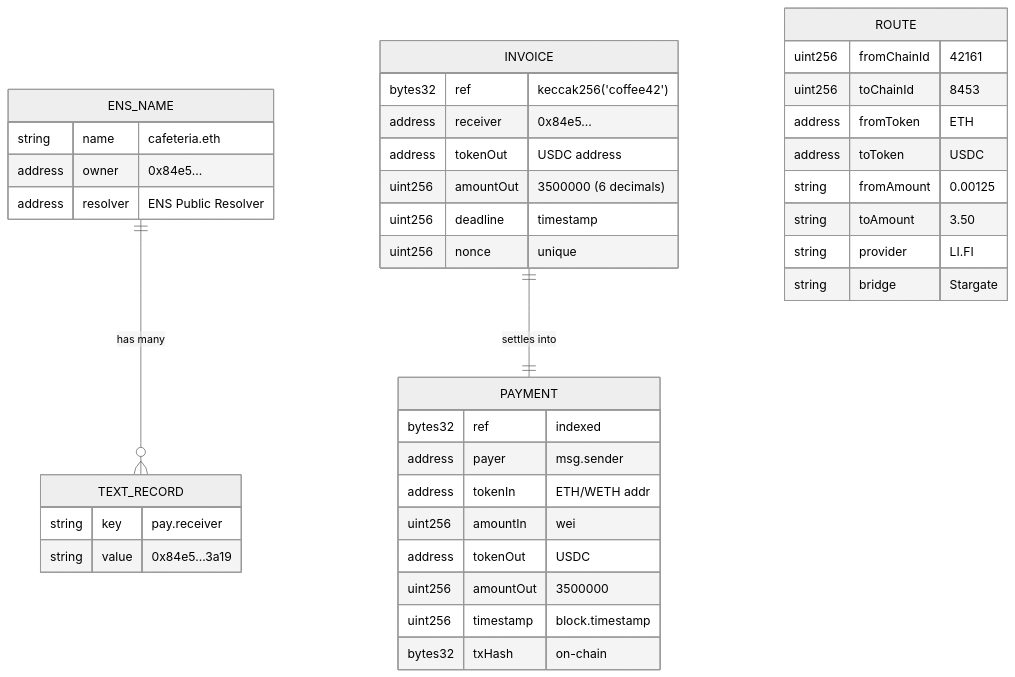
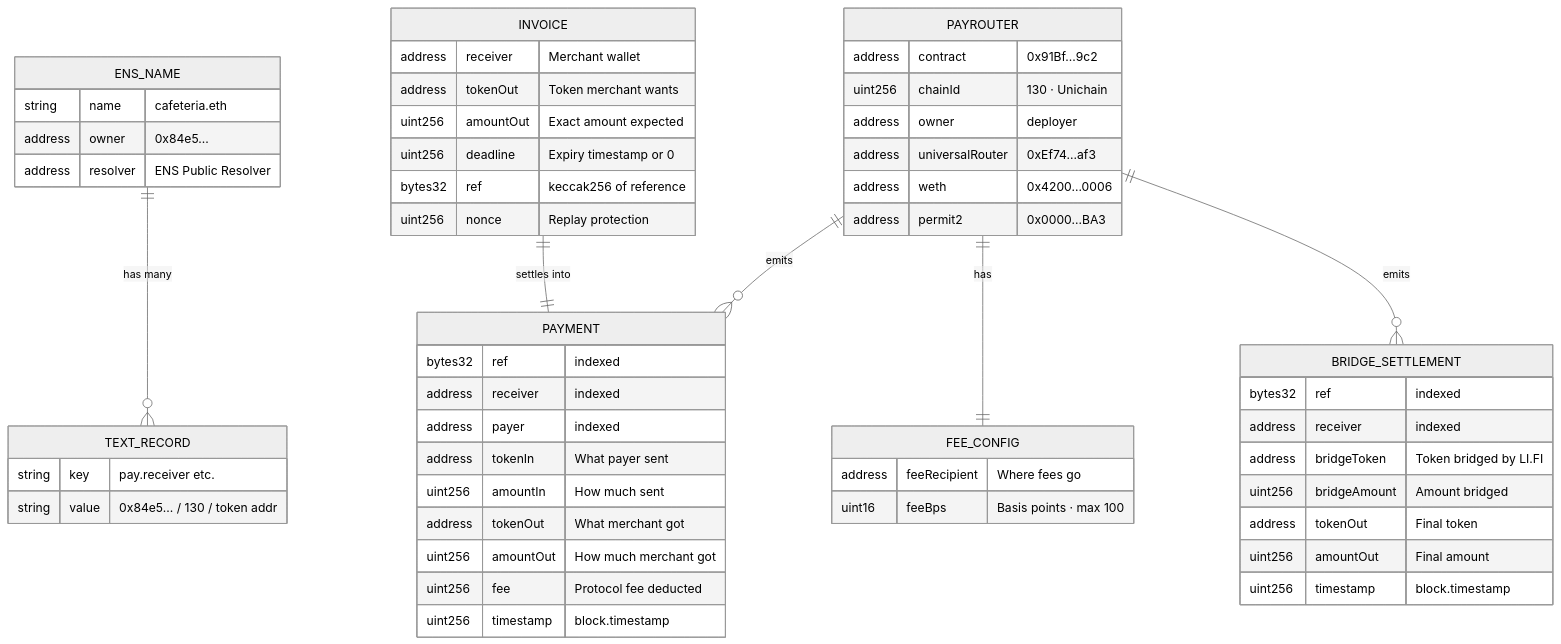
Diagram 11 of 11 in docs/architecture.md (danelerr/htm-abipago), drawn with Mermaid (neutral theme) before and after one commit. The commit also changed other lines of this file, not shown here.

Commit message:
add architecture diagrams

````diff
--- a/docs/architecture.md
+++ b/docs/architecture.md
@@ -396,45 +637,62 @@
 ```mermaid
 erDiagram
     ENS_NAME ||--o{ TEXT_RECORD : "has many"
     ENS_NAME {
         string name "cafeteria.eth"
-        address owner "0x84e5..."
+        address owner "0x84e5…"
         address resolver "ENS Public Resolver"
     }
     TEXT_RECORD {
-        string key "pay.receiver"
-        string value "0x84e5...3a19"
+        string key "pay.receiver etc."
+        string value "0x84e5… / 130 / token addr"
     }
 
     INVOICE ||--|| PAYMENT : "settles into"
     INVOICE {
-        bytes32 ref "keccak256('coffee42')"
-        address receiver "0x84e5..."
-        address tokenOut "USDC address"
-        uint256 amountOut "3500000 (6 decimals)"
-        uint256 deadline "timestamp"
-        uint256 nonce "unique"
+        address receiver "Merchant wallet"
+        address tokenOut "Token merchant wants"
+        uint256 amountOut "Exact amount expected"
+        uint256 deadline "Expiry timestamp or 0"
+        bytes32 ref "keccak256 of reference"
+        uint256 nonce "Replay protection"
     }
 
     PAYMENT {
         bytes32 ref "indexed"
-        address payer "msg.sender"
-        address tokenIn "ETH/WETH addr"
-        uint256 amountIn "wei"
-        address tokenOut "USDC"
-        uint256 amountOut "3500000"
+        address receiver "indexed"
+        address payer "indexed"
+        address tokenIn "What payer sent"
+        uint256 amountIn "How much sent"
+        address tokenOut "What merchant got"
+        uint256 amountOut "How much merchant got"
+        uint256 fee "Protocol fee deducted"
         uint256 timestamp "block.timestamp"
-        bytes32 txHash "on-chain"
     }
 
-    ROUTE {
-        uint256 fromChainId "42161"
-        uint256 toChainId "8453"
-        address fromToken "ETH"
-        address toToken "USDC"
-        string fromAmount "0.00125"
-        string toAmount "3.50"
-        string provider "LI.FI"
-        string bridge "Stargate"
+    BRIDGE_SETTLEMENT {
+        bytes32 ref "indexed"
+        address receiver "indexed"
+        address bridgeToken "Token bridged by LI.FI"
+        uint256 bridgeAmount "Amount bridged"
+        address tokenOut "Final token"
+        uint256 amountOut "Final amount"
+        uint256 timestamp "block.timestamp"
+    }
+
+    FEE_CONFIG {
+        address feeRecipient "Where fees go"
+        uint16 feeBps "Basis points · max 100"
+    }
+
+    PAYROUTER ||--|| FEE_CONFIG : "has"
+    PAYROUTER ||--o{ PAYMENT : "emits"
+    PAYROUTER ||--o{ BRIDGE_SETTLEMENT : "emits"
+    PAYROUTER {
+        address contract "0x91Bf…9c2"
+        uint256 chainId "130 · Unichain"
+        address owner "deployer"
+        address universalRouter "0xEf74…af3"
+        address weth "0x4200…0006"
+        address permit2 "0x0000…BA3"
     }
 ```
````
